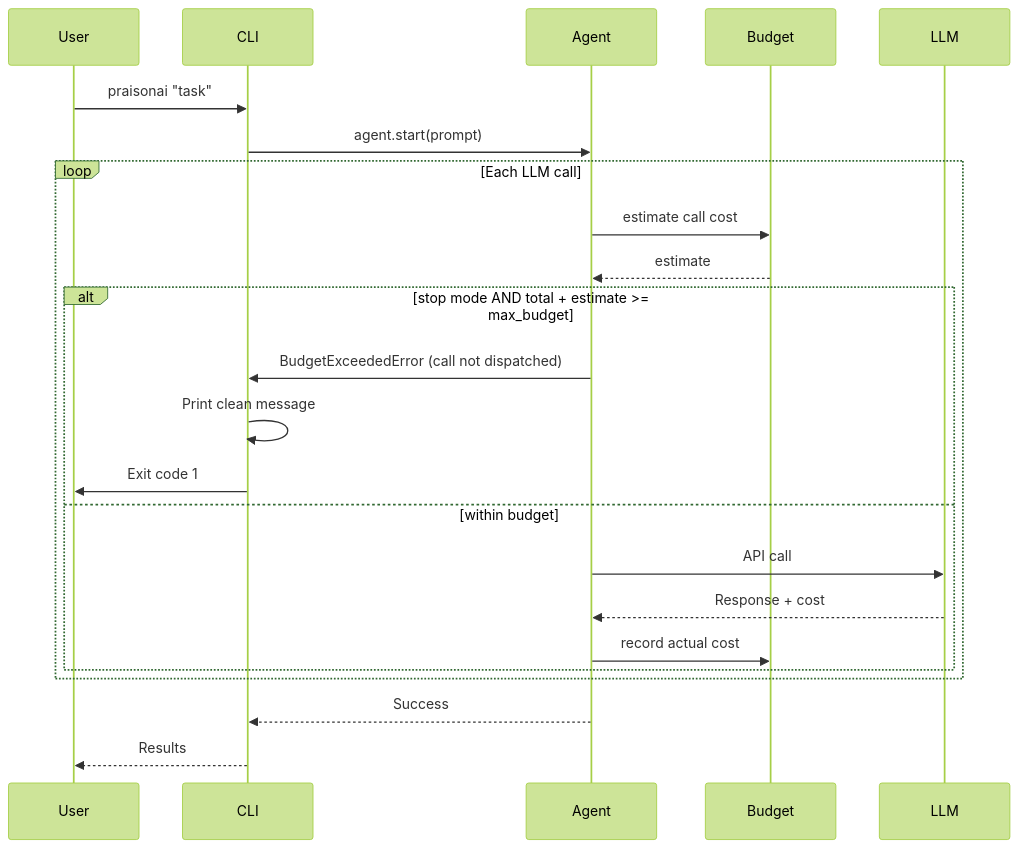
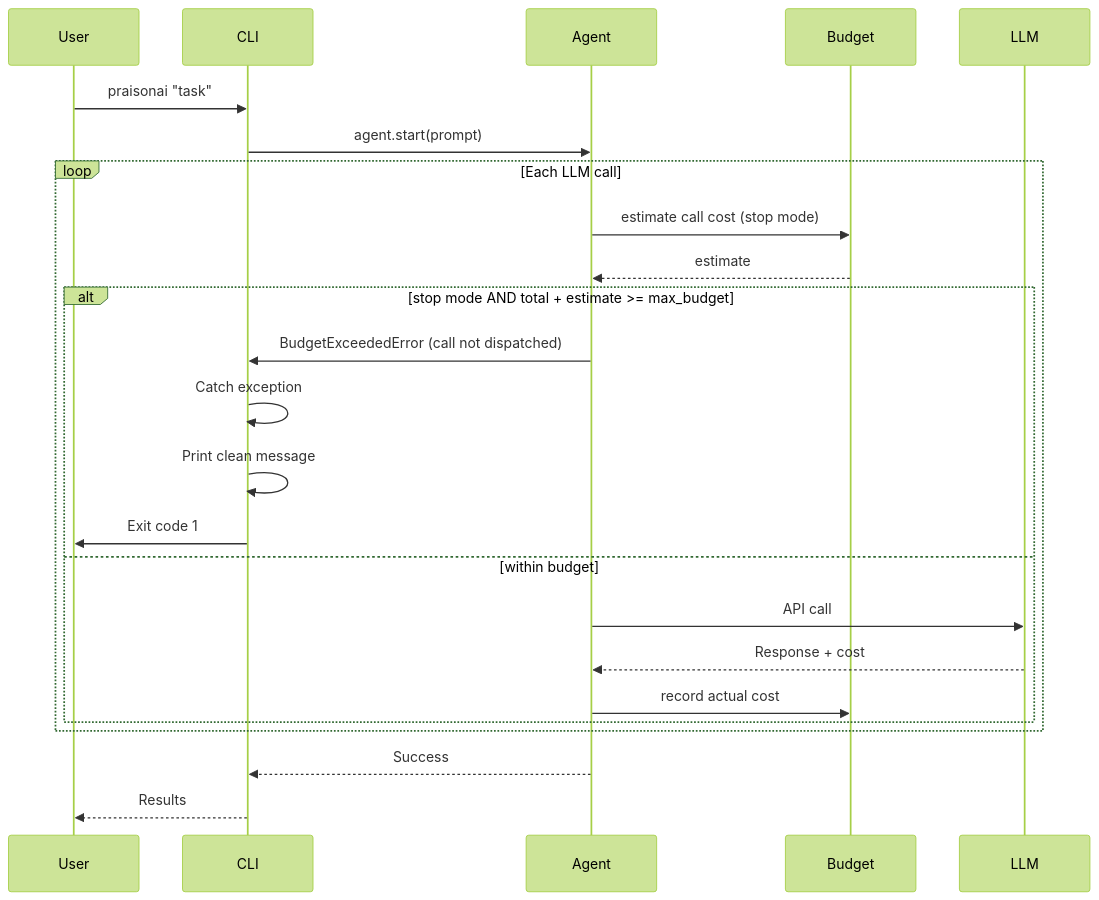
One commit to MervinPraison/PraisonAIDocs changed the second of 2 diagrams in docs/features/cli-budget-handling.mdx. Above: the diagram before and after it, drawn with Mermaid (forest theme). The commit also changed 1 other file, not shown here.

Commit message:
docs: update budget docs for pre-call hard ceiling (fixes #928)
- agent-max-budget.mdx: replace sequence diagram to show pre-call guard
  in stop mode vs post-call path for warn/callable; add Estimation section;
  update Quick Start prose for both modes
- cli-budget-handling.mdx: replace sequence diagram to show pre-call guard
  in stop mode; add sentence clarifying CLI exits before spending on
  over-budget turn
- execution-config.mdx: expand on_budget_exceeded description to clarify
  stop = pre-call hard ceiling, warn/callable = post-call reactive
- agent-config.mdx: add pre-call vs post-call timing note to max_budget desc

docs/concepts/budget.mdx left untouched — HUMAN-APPROVED ONLY per AGENTS.md §1.8.
Human-review changes for that file tracked in parent issue #926.

References: #926, #928, MervinPraison/PraisonAI#2315

````diff
--- a/docs/features/cli-budget-handling.mdx
+++ b/docs/features/cli-budget-handling.mdx
@@ -83,26 +83,27 @@
 ```mermaid
 sequenceDiagram
     participant User
     participant CLI
     participant Agent
     participant Budget
     participant LLM
     
     User->>CLI: praisonai "task"
     CLI->>Agent: agent.start(prompt)
     loop Each LLM call
-        Agent->>Budget: estimate call cost
+        Agent->>Budget: estimate call cost (stop mode)
         Budget-->>Agent: estimate
         alt stop mode AND total + estimate >= max_budget
             Agent->>CLI: BudgetExceededError (call not dispatched)
+            CLI->>CLI: Catch exception
             CLI->>CLI: Print clean message
             CLI->>User: Exit code 1
         else within budget
             Agent->>LLM: API call
             LLM-->>Agent: Response + cost
             Agent->>Budget: record actual cost
         end
     end
     Agent-->>CLI: Success
     CLI-->>User: Results
 ```
````
